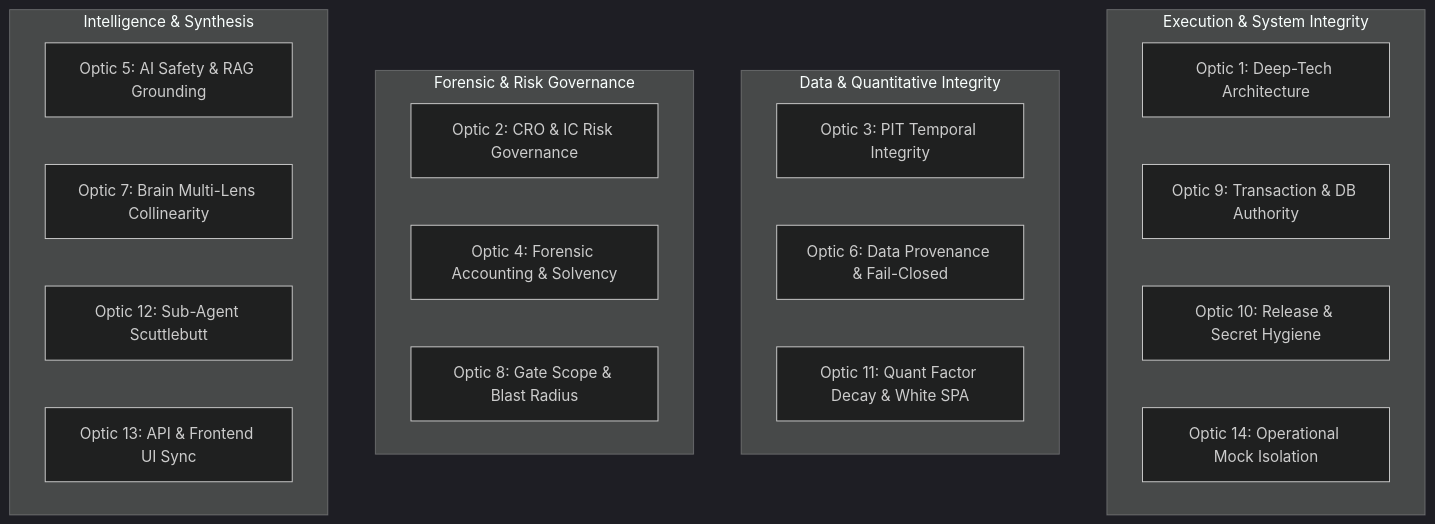
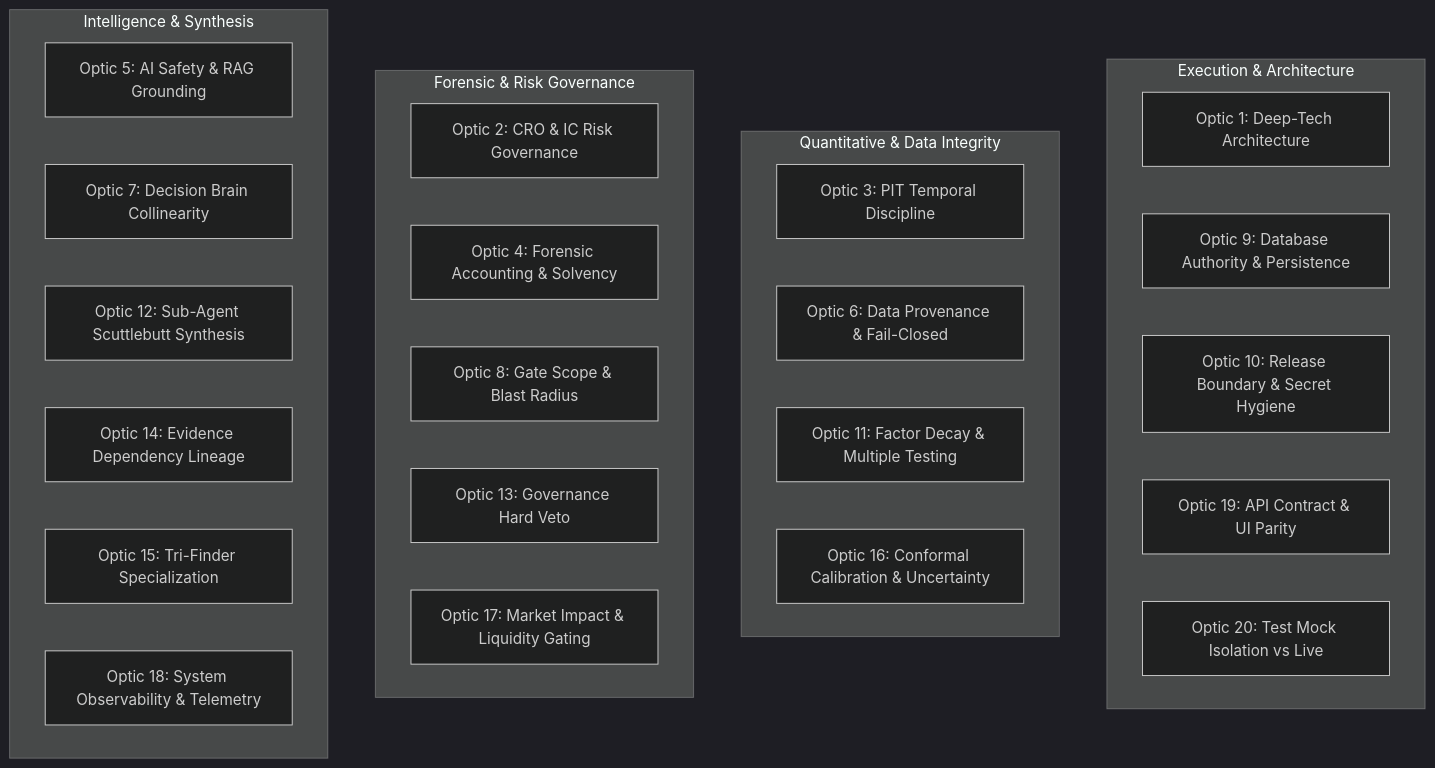
Before and after one commit to BappadittyaMondal/Equity_Lab: the third of 4 diagrams in docs/ALL_AUDIT_REPORT_OPTICS_MASTER_CATALOG.md, drawn with Mermaid (dark theme). The commit also changed other lines of this file, not shown here.

````diff
--- a/docs/ALL_AUDIT_REPORT_OPTICS_MASTER_CATALOG.md
+++ b/docs/ALL_AUDIT_REPORT_OPTICS_MASTER_CATALOG.md
@@ -156,28 +219,34 @@
 ```mermaid
 graph TD
-    subgraph Execution & System Integrity
+    subgraph Execution & Architecture
         O1[Optic 1: Deep-Tech Architecture]
-        O9[Optic 9: Transaction & DB Authority]
-        O10[Optic 10: Release & Secret Hygiene]
-        O14[Optic 14: Operational Mock Isolation]
+        O9[Optic 9: Database Authority & Persistence]
+        O10[Optic 10: Release Boundary & Secret Hygiene]
+        O19[Optic 19: API Contract & UI Parity]
+        O20[Optic 20: Test Mock Isolation vs Live]
     end
 
-    subgraph Data & Quantitative Integrity
-        O3[Optic 3: PIT Temporal Integrity]
+    subgraph Quantitative & Data Integrity
+        O3[Optic 3: PIT Temporal Discipline]
         O6[Optic 6: Data Provenance & Fail-Closed]
-        O11[Optic 11: Quant Factor Decay & White SPA]
+        O11[Optic 11: Factor Decay & Multiple Testing]
+        O16[Optic 16: Conformal Calibration & Uncertainty]
     end
 
     subgraph Forensic & Risk Governance
         O2[Optic 2: CRO & IC Risk Governance]
         O4[Optic 4: Forensic Accounting & Solvency]
         O8[Optic 8: Gate Scope & Blast Radius]
+        O13[Optic 13: Governance Hard Veto]
+        O17[Optic 17: Market Impact & Liquidity Gating]
     end
 
     subgraph Intelligence & Synthesis
         O5[Optic 5: AI Safety & RAG Grounding]
-        O7[Optic 7: Brain Multi-Lens Collinearity]
-        O12[Optic 12: Sub-Agent Scuttlebutt]
-        O13[Optic 13: API & Frontend UI Sync]
+        O7[Optic 7: Decision Brain Collinearity]
+        O12[Optic 12: Sub-Agent Scuttlebutt Synthesis]
+        O14[Optic 14: Evidence Dependency Lineage]
+        O15[Optic 15: Tri-Finder Specialization]
+        O18[Optic 18: System Observability & Telemetry]
     end
 ```
````
